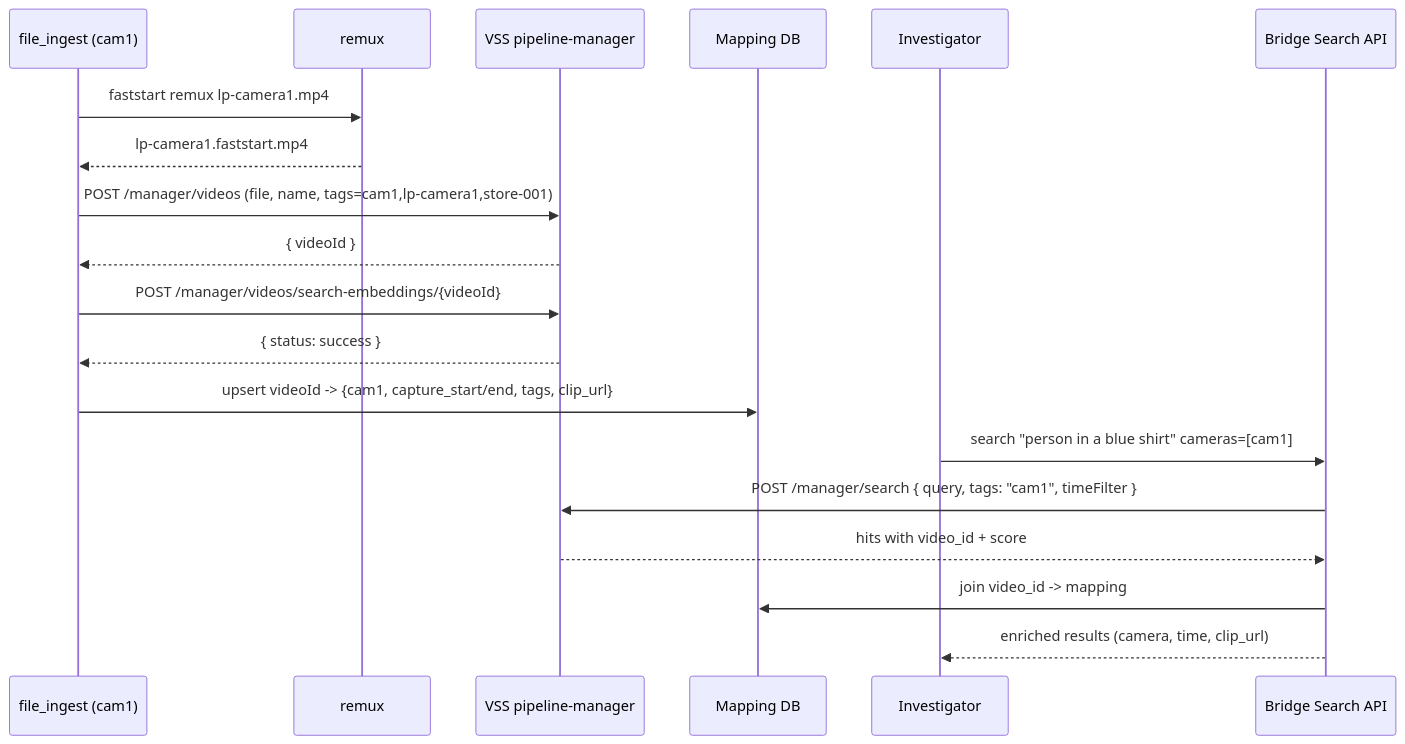
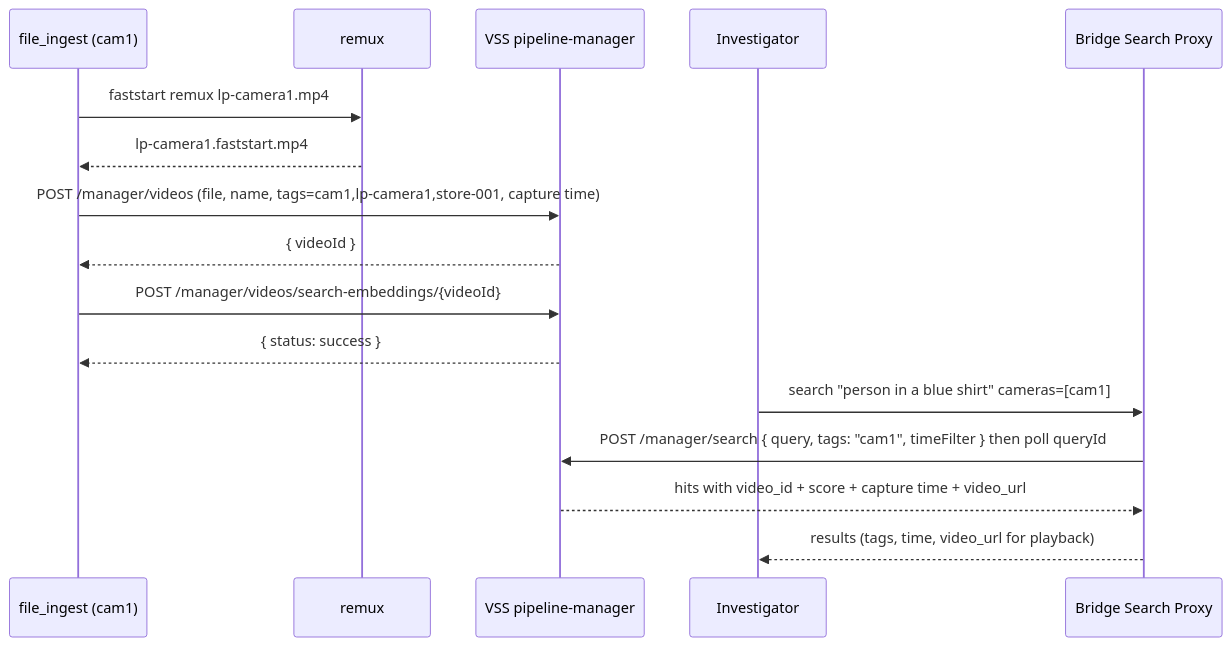
The second of 2 diagrams in suspicious-activity-detection/docs/vlm-recall.md (intel-retail/storewide-loss-prevention), drawn with Mermaid before and after one commit. The commit also changed other lines of this file and 7 other files, not shown here.

````diff
--- a/suspicious-activity-detection/docs/vlm-recall.md
+++ b/suspicious-activity-detection/docs/vlm-recall.md
@@ -520,22 +452,19 @@
 ```mermaid
 sequenceDiagram
     participant CLI as file_ingest (cam1)
     participant RX as remux
     participant VSS as VSS pipeline-manager
-    participant DB as Mapping DB
     participant U as Investigator
-    participant API as Bridge Search API
+    participant API as Bridge Search Proxy
 
     CLI->>RX: faststart remux lp-camera1.mp4
     RX-->>CLI: lp-camera1.faststart.mp4
-    CLI->>VSS: POST /manager/videos (file, name, tags=cam1,lp-camera1,store-001)
+    CLI->>VSS: POST /manager/videos (file, name, tags=cam1,lp-camera1,store-001, capture time)
     VSS-->>CLI: { videoId }
     CLI->>VSS: POST /manager/videos/search-embeddings/{videoId}
     VSS-->>CLI: { status: success }
-    CLI->>DB: upsert videoId -> {cam1, capture_start/end, tags, clip_url}
     U->>API: search "person in a blue shirt" cameras=[cam1]
-    API->>VSS: POST /manager/search { query, tags: "cam1", timeFilter }
-    VSS-->>API: hits with video_id + score
-    API->>DB: join video_id -> mapping
-    API-->>U: enriched results (camera, time, clip_url)
+    API->>VSS: POST /manager/search { query, tags: "cam1", timeFilter } then poll queryId
+    VSS-->>API: hits with video_id + score + capture time + video_url
+    API-->>U: results (tags, time, video_url for playback)
 ```
````
